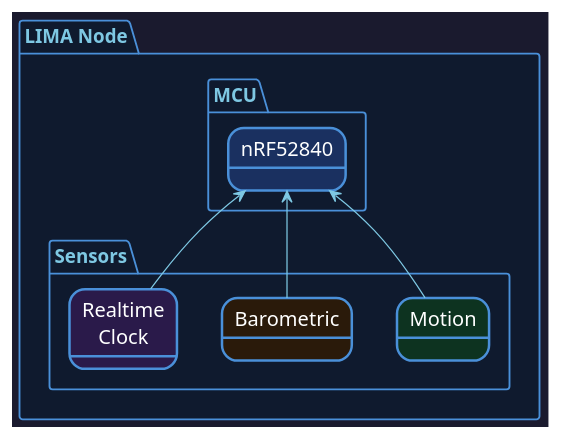
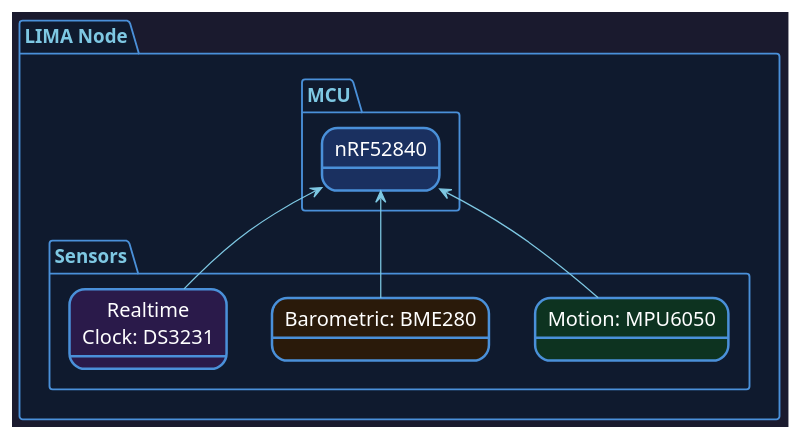
One commit to jknoxdev/lima-node changed the diagram in docs/architecture/node.puml. Above: the diagram before and after it, drawn with PlantUML. The commit also changed 1 other file, not shown here.

```diff
--- a/docs/architecture/node.puml
+++ b/docs/architecture/node.puml
@@ -1,50 +1,50 @@
 @startuml node
 
 allowmixing
 
 skinparam {
     BackgroundColor #1a1a2e
     ArrowColor #7EC8E3
     ArrowFontColor #CCCCCC
     ArrowFontSize 13
     DefaultFontName Arial
     DefaultFontColor #E0E0E0
     DefaultFontSize 14
     StateBorderColor #4A90D9
     StateBorderThickness 2
     StateBackgroundColor #0f3460
     StateFontColor #FFFFFF
     StateFontSize 16
     NoteBackgroundColor #0D2818
     NoteBorderColor #27AE60
     NoteFontColor #27AE60
     NoteFontSize 13
     PackageBorderColor #4A90D9
     PackageBackgroundColor #0f1a2e
     PackageFontColor #7EC8E3
     PackageFontSize 15
     nodesep 36
     ranksep 40
 }
 
 package "LIMA Node"{
 
     package "Sensors" {
-        state "Motion" as motion #0D3320
-        state "Barometric" as baro #2a1a0a
-        state "Realtime\nClock" as rtc #2a1a4a
+        state "Motion: MPU6050" as motion #0D3320
+        state "Barometric: BME280" as baro #2a1a0a
+        state "Realtime\nClock: DS3231" as rtc #2a1a4a
     }
 
     package "MCU" {
         state "nRF52840" as mcu #1a3060
     }
-    
+
 }
 
 state "nRF52840" as mcu #1a3060
 
 motion -up-> mcu
 baro -up-> mcu
 rtc -up-> mcu
 
 @enduml
```
